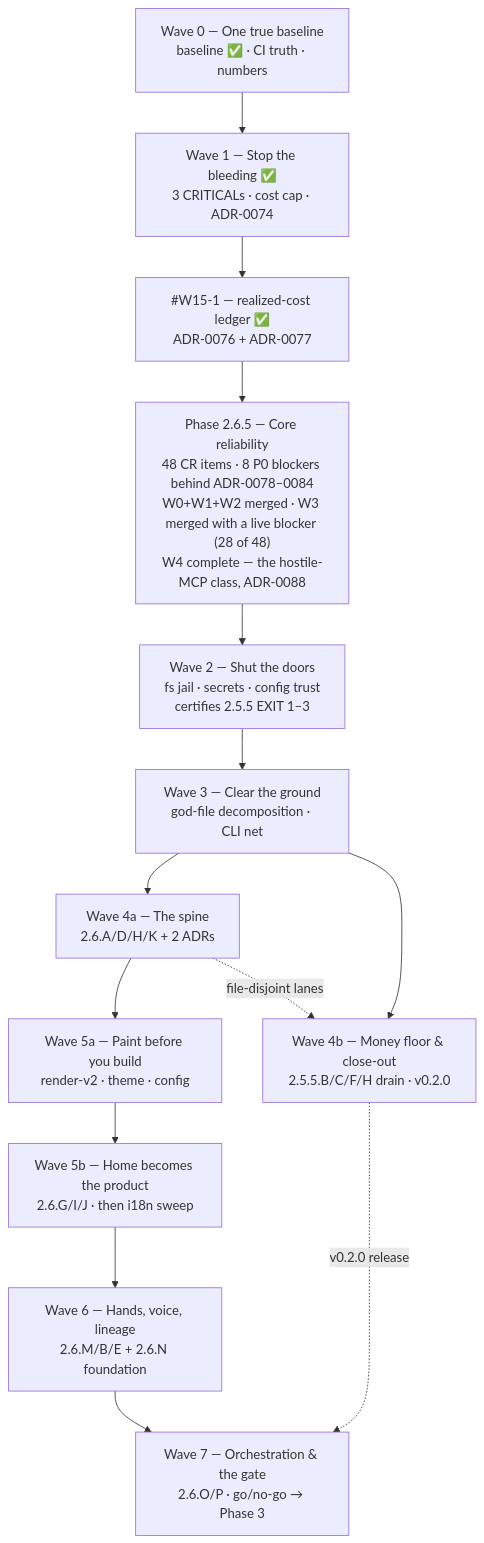
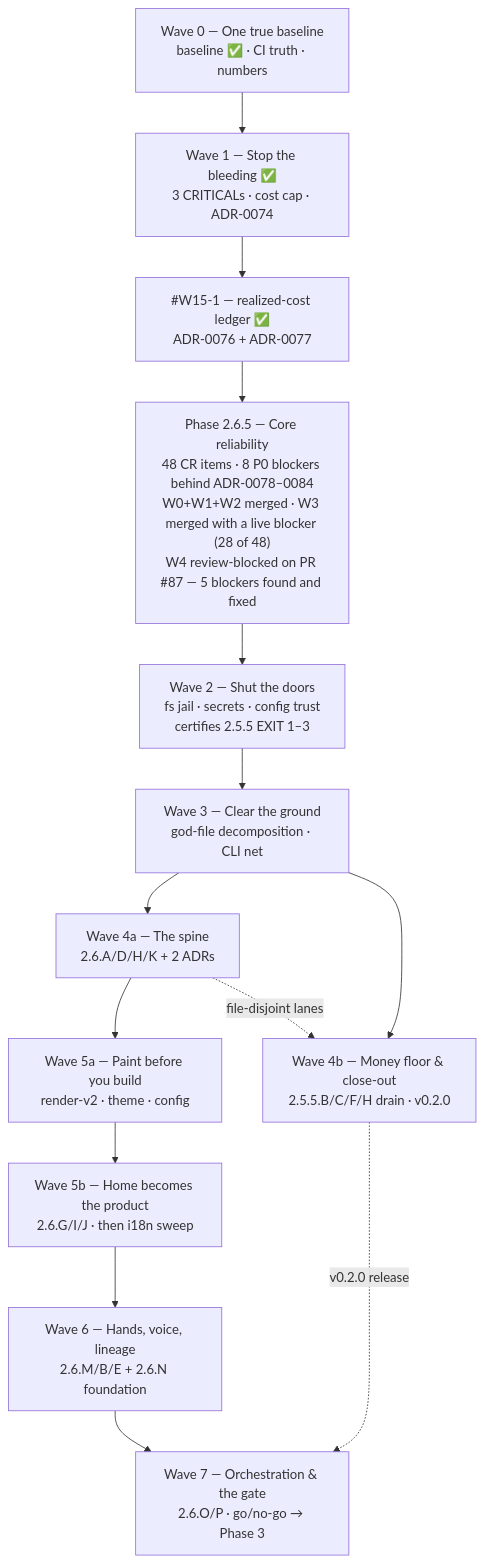
One commit to HodeTech/Relavium changed the diagram in docs/roadmap/current.md. Above: the diagram before and after it, drawn with Mermaid. The commit also changed other lines of this file and 10 other files, not shown here.

````diff
--- a/docs/roadmap/current.md
+++ b/docs/roadmap/current.md
@@ -89,19 +89,19 @@
 ```mermaid
 flowchart TD
     W0["Wave 0 — One true baseline<br/>baseline ✅ · CI truth · numbers"]
     W1["Wave 1 — Stop the bleeding ✅<br/>3 CRITICALs · cost cap · ADR-0074"]
     LEDGER["#W15-1 — realized-cost ledger ✅<br/>ADR-0076 + ADR-0077"]
-    P265["Phase 2.6.5 — Core reliability<br/>48 CR items · 8 P0 blockers behind ADR-0078–0084<br/>W0+W1+W2 merged · W3 merged with a live blocker (28 of 48)<br/>W4 complete — the hostile-MCP class, ADR-0088"]
+    P265["Phase 2.6.5 — Core reliability<br/>48 CR items · 8 P0 blockers behind ADR-0078–0084<br/>W0+W1+W2 merged · W3 merged with a live blocker (28 of 48)<br/>W4 review-blocked on PR #87 — 5 blockers found and fixed"]
     W2["Wave 2 — Shut the doors<br/>fs jail · secrets · config trust<br/>certifies 2.5.5 EXIT 1–3"]
     W3["Wave 3 — Clear the ground<br/>god-file decomposition · CLI net"]
     W4a["Wave 4a — The spine<br/>2.6.A/D/H/K + 2 ADRs"]
     W4b["Wave 4b — Money floor & close-out<br/>2.5.5.B/C/F/H drain · v0.2.0"]
     W5a["Wave 5a — Paint before you build<br/>render-v2 · theme · config"]
     W5b["Wave 5b — Home becomes the product<br/>2.6.G/I/J · then i18n sweep"]
     W6["Wave 6 — Hands, voice, lineage<br/>2.6.M/B/E + 2.6.N foundation"]
     W7["Wave 7 — Orchestration & the gate<br/>2.6.O/P · go/no-go → Phase 3"]
     W0 --> W1 --> LEDGER --> P265 --> W2 --> W3 --> W4a --> W5a --> W5b --> W6 --> W7
     W3 --> W4b
     W4b -.->|v0.2.0 release| W7
     W4a -.->|file-disjoint lanes| W4b
 ```
````
